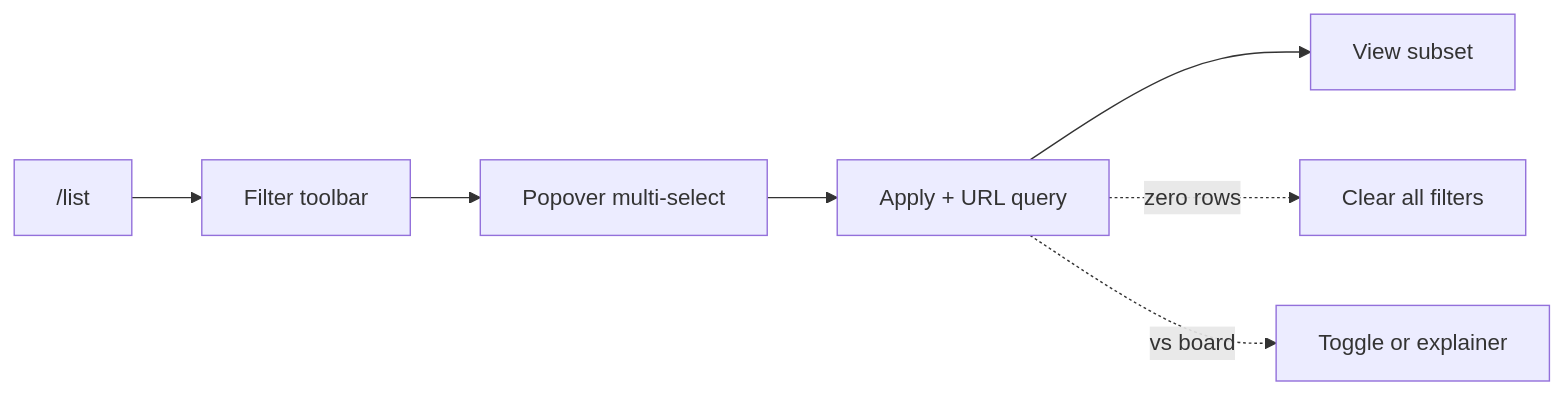
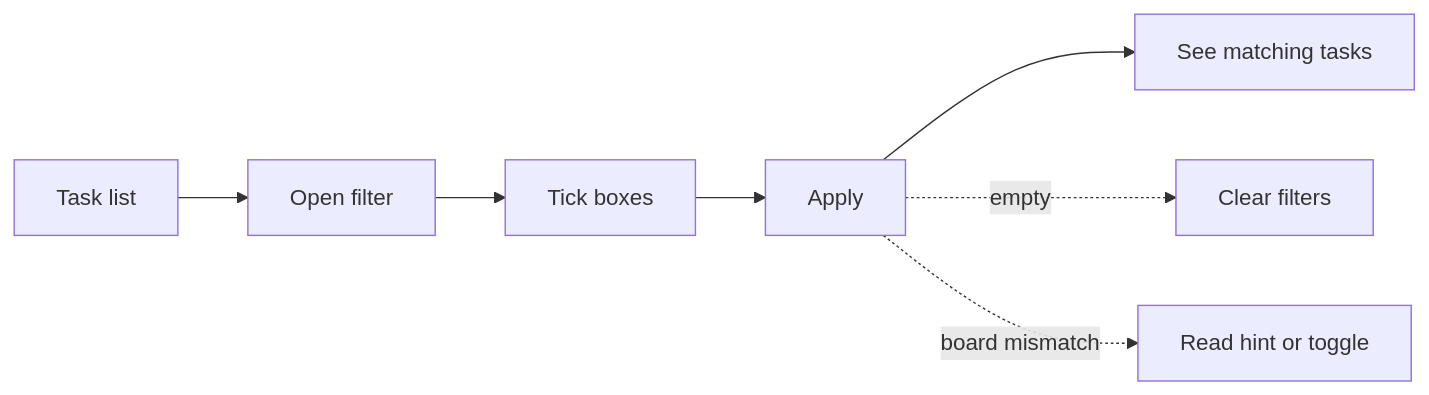
The fourth of 28 diagrams in research/user-journeys.md (wildan-png/todoAppWorkflow-design), drawn with Mermaid before and after one commit. The commit also changed other lines of this file, not shown here.

First line of the commit message:
docs: humanize user journey copy (Part A, steps, diagrams)

````diff
--- a/research/user-journeys.md
+++ b/research/user-journeys.md
@@ -185,9 +185,9 @@
 ```mermaid
 flowchart LR
-  L["/list"] --> F[Filter toolbar]
-  F --> O[Popover multi-select]
-  O --> A[Apply + URL query]
-  A --> V[View subset]
-  A -.->|zero rows| Z[Clear all filters]
-  A -.->|vs board| X[Toggle or explainer]
+  L[Task list] --> F[Open filter]
+  F --> O[Tick boxes]
+  O --> A[Apply]
+  A --> V[See matching tasks]
+  A -.->|empty| Z[Clear filters]
+  A -.->|board mismatch| X[Read hint or toggle]
 ```
````
